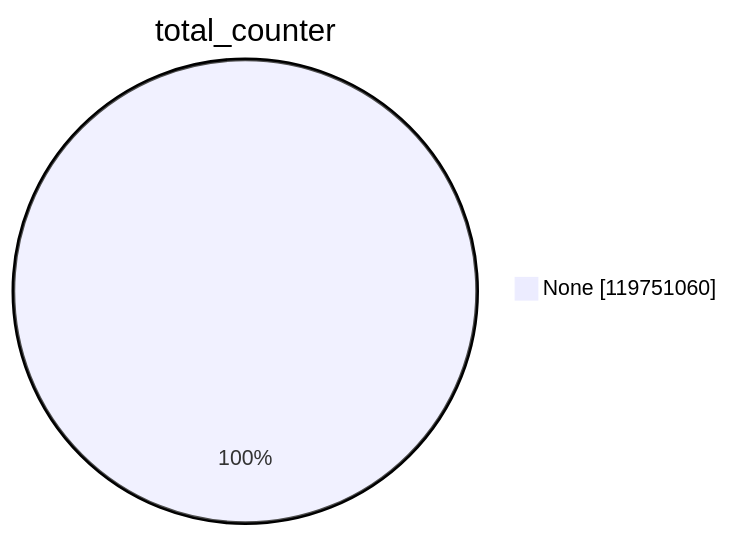
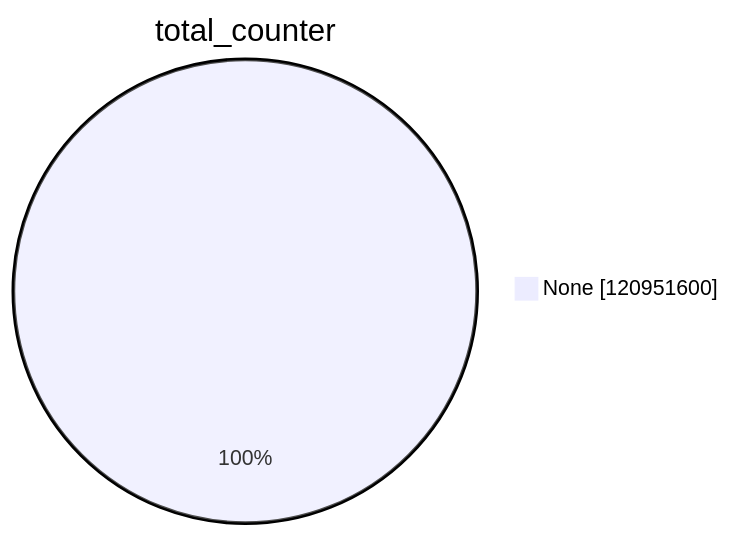
Before and after one commit to christiankrug/ctmonitor_visualization: the first of 15 diagrams in argon2023/README.md, drawn with Mermaid. The commit also changed other lines of this file, not shown here.

````diff
--- a/argon2023/README.md
+++ b/argon2023/README.md
@@ -1,5 +1,5 @@
 ```mermaid
 pie showData
 title total_counter
-"None" :119751060
+"None" :120951600
 ```
````
